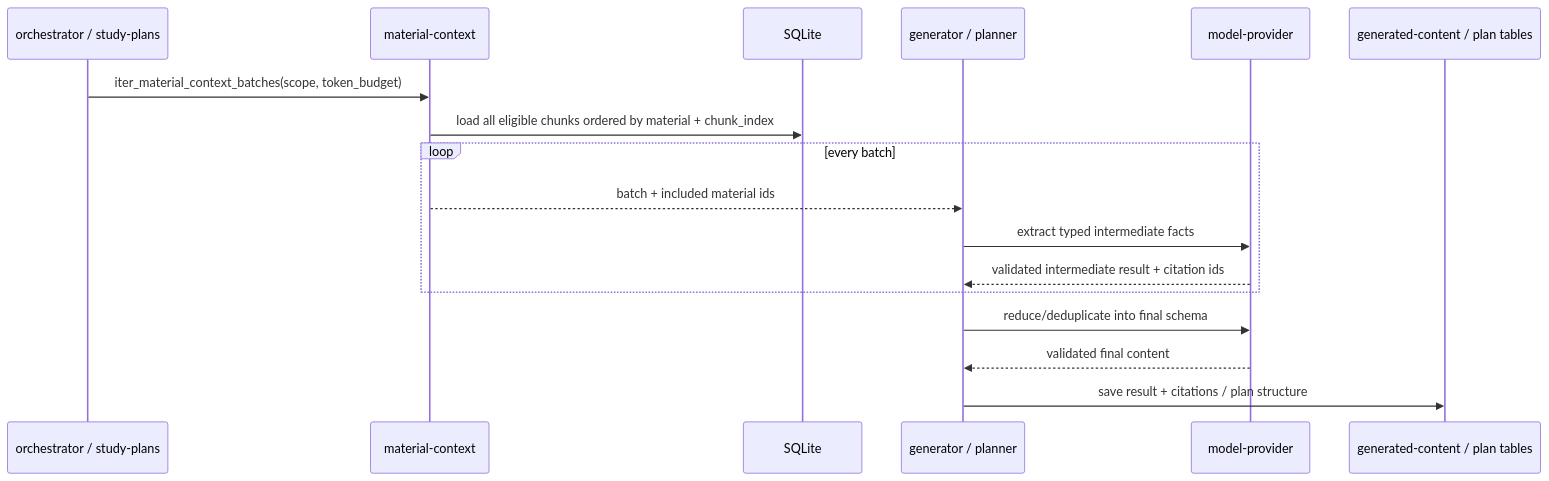
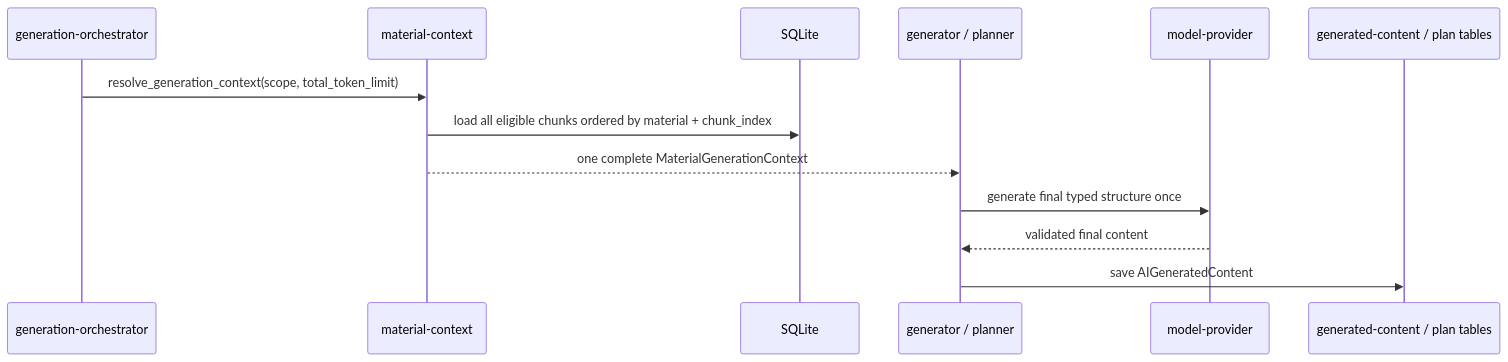
The fourth of 4 diagrams in docs/architecture/material-context-rag.md (cyruan815/CourseNexus), drawn with Mermaid before and after one commit. The commit also changed other lines of this file and 12 other files, not shown here.

````diff
--- a/docs/architecture/material-context-rag.md
+++ b/docs/architecture/material-context-rag.md
@@ -231,20 +232,16 @@
 ```mermaid
 sequenceDiagram
-    participant O as orchestrator / study-plans
+    participant O as generation-orchestrator
     participant CTX as material-context
     participant DB as SQLite
     participant G as generator / planner
     participant MP as model-provider
     participant Store as generated-content / plan tables
 
-    O->>CTX: iter_material_context_batches(scope, token_budget)
+    O->>CTX: resolve_generation_context(scope, total_token_limit)
     CTX->>DB: load all eligible chunks ordered by material + chunk_index
-    loop every batch
-        CTX-->>G: batch + included material ids
-        G->>MP: extract typed intermediate facts
-        MP-->>G: validated intermediate result + citation ids
-    end
-    G->>MP: reduce/deduplicate into final schema
+    CTX-->>G: one complete MaterialGenerationContext
+    G->>MP: generate final typed structure once
     MP-->>G: validated final content
-    G->>Store: save result + citations / plan structure
+    G->>Store: save AIGeneratedContent
 ```
````
